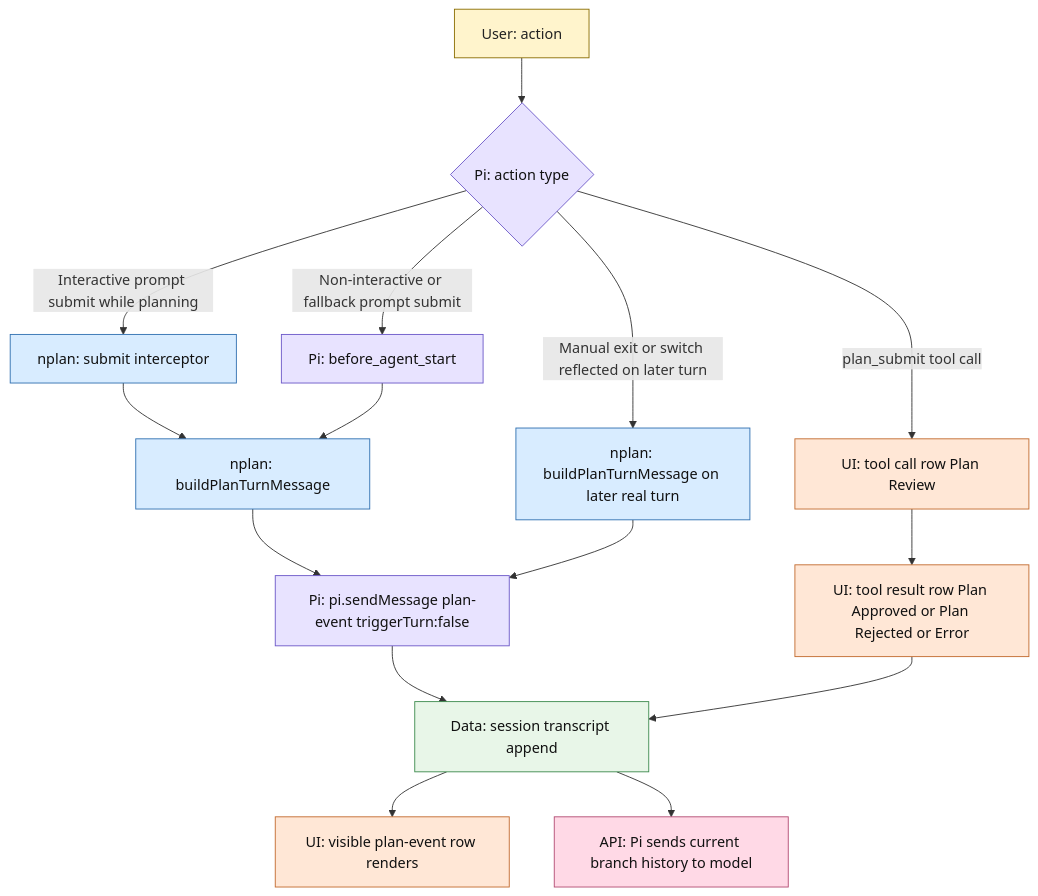
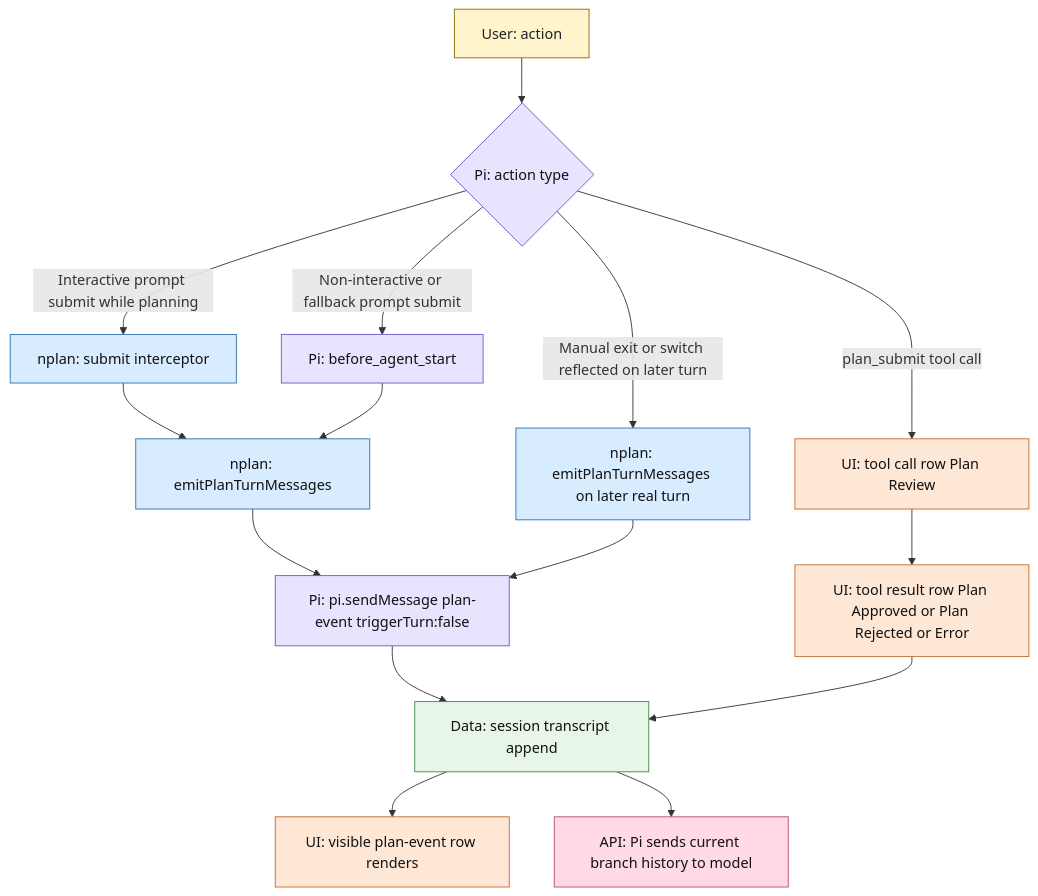
The diagram in docs/mermaid-planning-message-lifecycle.md (pyronaur/nplan), drawn with Mermaid before and after one commit. The commit also changed other lines of this file and 2 other files, not shown here.

First line of the commit message:
Align docs with canonical plan-state model ownership

````diff
--- a/docs/mermaid-planning-message-lifecycle.md
+++ b/docs/mermaid-planning-message-lifecycle.md
@@ -28,35 +29,35 @@
 ```mermaid
 flowchart TD
     A[User: action] --> B{Pi: action type}
 
     B -->|Interactive prompt submit while planning| C[nplan: submit interceptor]
-    C --> D[nplan: buildPlanTurnMessage]
+    C --> D[nplan: emitPlanTurnMessages]
     D --> E[Pi: pi.sendMessage plan-event triggerTurn:false]
     E --> F[Data: session transcript append]
     F --> G[UI: visible plan-event row renders]
 
     B -->|Non-interactive or fallback prompt submit| H[Pi: before_agent_start]
     H --> D
 
     B -->|plan_submit tool call| I[UI: tool call row Plan Review]
     I --> J[UI: tool result row Plan Approved or Plan Rejected or Error]
     J --> F
 
-    B -->|Manual exit or switch reflected on later turn| K[nplan: buildPlanTurnMessage on later real turn]
+    B -->|Manual exit or switch reflected on later turn| K[nplan: emitPlanTurnMessages on later real turn]
     K --> E
 
     F --> L[API: Pi sends current branch history to model]
 
     classDef user fill:#fff4cc,stroke:#8a6d00,color:#222;
     classDef nplan fill:#d8ecff,stroke:#2f6fb0,color:#111;
     classDef pi fill:#e8e3ff,stroke:#6b57c8,color:#111;
     classDef data fill:#e8f6e8,stroke:#3d8a4d,color:#111;
     classDef ui fill:#ffe7d6,stroke:#c26a2e,color:#111;
     classDef api fill:#ffd9e6,stroke:#b24b72,color:#111;
     class A user;
     class C,D,K nplan;
     class B,E,H pi;
     class F data;
     class G,I,J ui;
     class L api;
 ```
````
